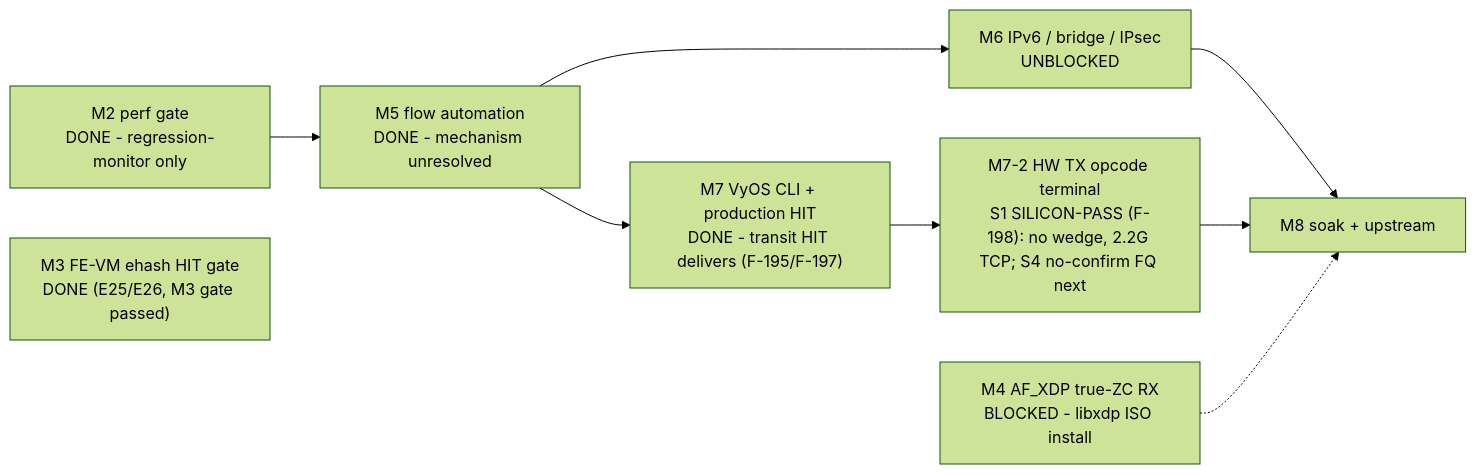
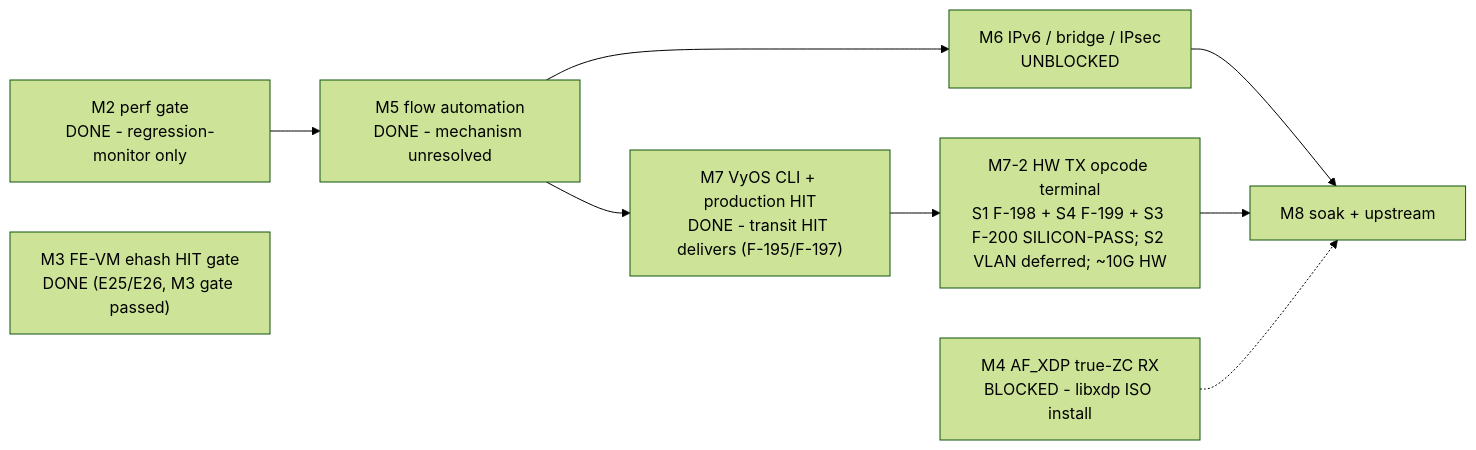
One commit to Daegara/vyos-ls1046a-build changed the diagram in plans/ASK2-MASTER-PLAN.md. Above: the diagram before and after it, drawn with Mermaid (forest theme). The commit also changed other lines of this file and 14 other files, not shown here.

````diff
--- a/plans/ASK2-MASTER-PLAN.md
+++ b/plans/ASK2-MASTER-PLAN.md
@@ -256,11 +274,11 @@
 ```mermaid
 graph LR
     M2["M2 perf gate<br/>DONE - regression-monitor only"] --> M5["M5 flow automation<br/>DONE - mechanism unresolved"]
     M3["M3 FE-VM ehash HIT gate<br/>DONE (E25/E26, M3 gate passed)"]
     M5 --> M6["M6 IPv6 / bridge / IPsec<br/>UNBLOCKED"]
     M5 --> M7a["M7 VyOS CLI + production HIT<br/>DONE - transit HIT delivers (F-195/F-197)"]
-    M7a --> M7b["M7-2 HW TX opcode terminal<br/>S1 SILICON-PASS (F-198): no wedge, 2.2G TCP; S4 no-confirm FQ next"]
+    M7a --> M7b["M7-2 HW TX opcode terminal<br/>S1 F-198 + S4 F-199 + S3 F-200 SILICON-PASS; S2 VLAN deferred; ~10G HW"]
     M6 --> M8["M8 soak + upstream"]
     M7b --> M8
     M4["M4 AF_XDP true-ZC RX<br/>BLOCKED - libxdp ISO install"] -.-> M8
 ```
````
